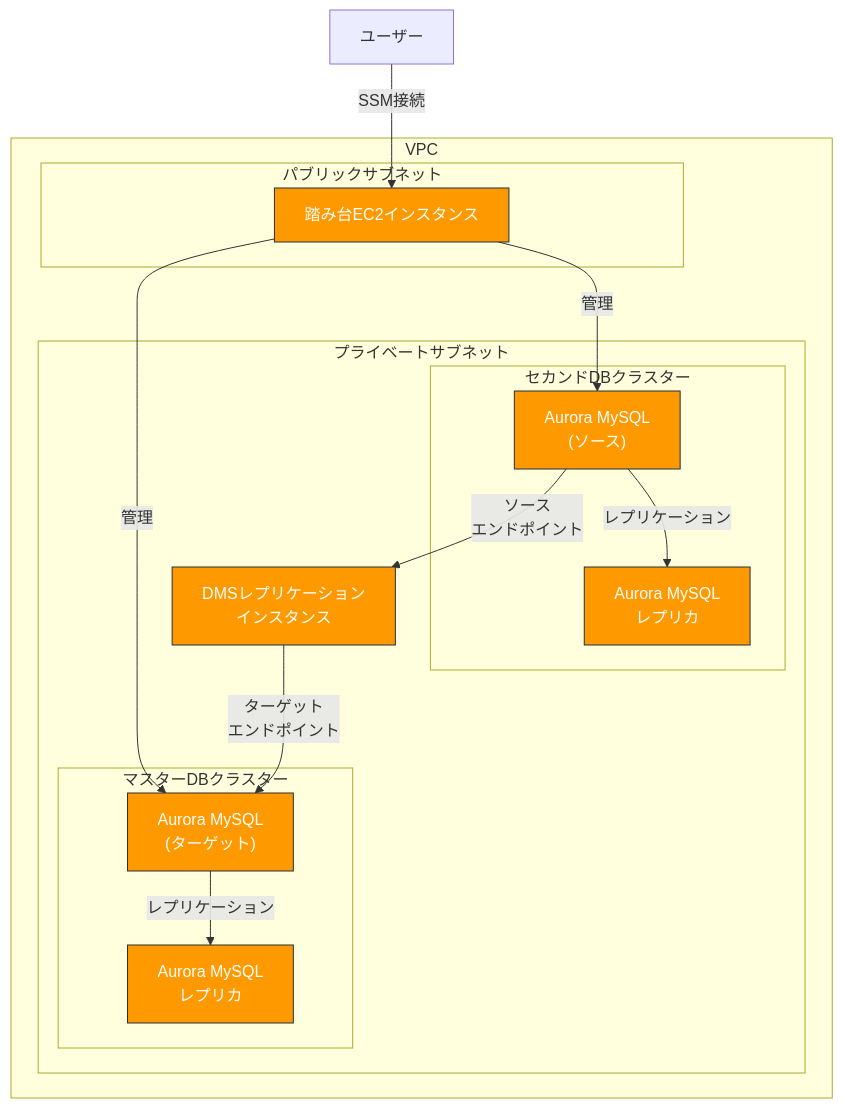
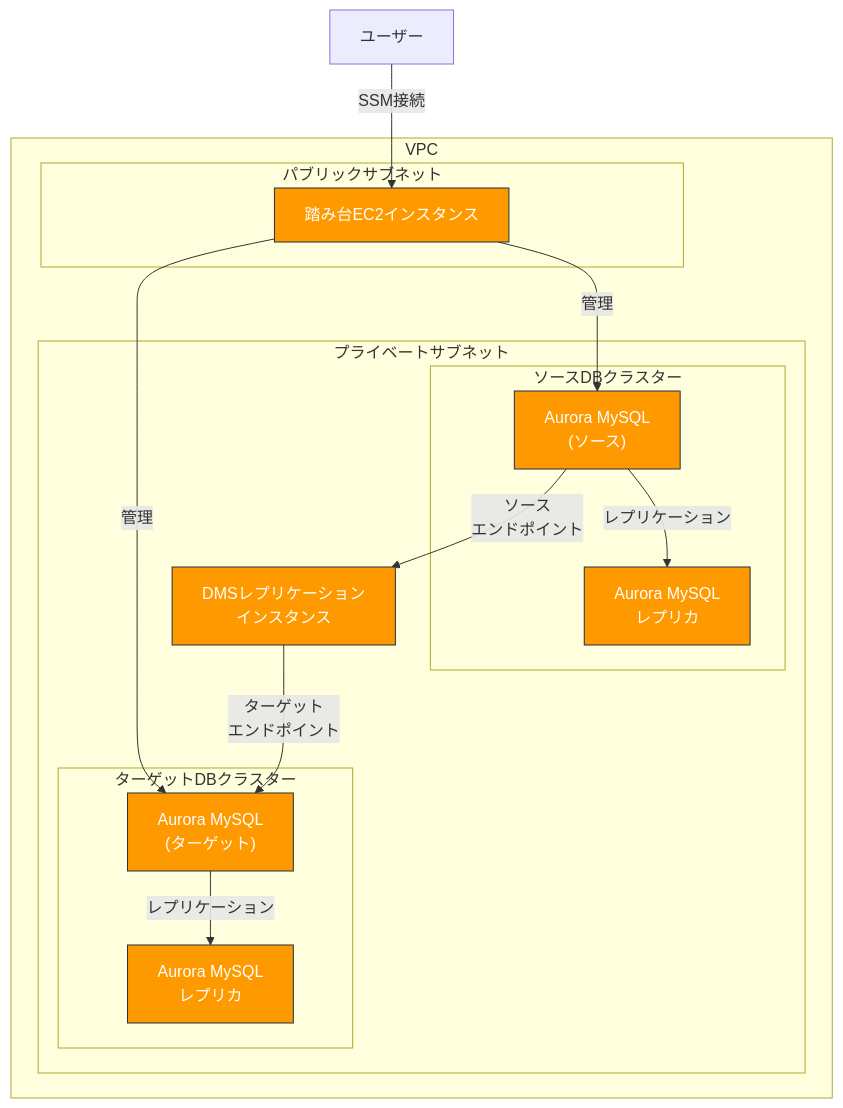
Before and after one commit to takyafumin/sample-rds-replication: the diagram in README.md, drawn with Mermaid. The commit also changed other lines of this file and 10 other files, not shown here.

````diff
--- a/README.md
+++ b/README.md
@@ -7,35 +7,35 @@
 ```mermaid
 graph TD
     subgraph "VPC"
         subgraph "パブリックサブネット"
             EC2["踏み台EC2インスタンス"]
         end
 
         subgraph "プライベートサブネット"
             DMS["DMSレプリケーション<br>インスタンス"]
 
-            subgraph "マスターDBクラスター"
-                MasterDB["Aurora MySQL<br>(ターゲット)"]
-                MasterDBR["Aurora MySQL<br>レプリカ"]
+            subgraph "ターゲットDBクラスター"
+                TargetDB["Aurora MySQL<br>(ターゲット)"]
+                TargetDBR["Aurora MySQL<br>レプリカ"]
             end
 
-            subgraph "セカンドDBクラスター"
-                SecondDB["Aurora MySQL<br>(ソース)"]
-                SecondDBR["Aurora MySQL<br>レプリカ"]
+            subgraph "ソースDBクラスター"
+                SourceDB["Aurora MySQL<br>(ソース)"]
+                SourceDBR["Aurora MySQL<br>レプリカ"]
             end
         end
     end
 
     User["ユーザー"] -->|SSM接続| EC2
-    EC2 -->|管理| MasterDB
-    EC2 -->|管理| SecondDB
+    EC2 -->|管理| TargetDB
+    EC2 -->|管理| SourceDB
 
-    SecondDB -->|ソース<br>エンドポイント| DMS
-    DMS -->|ターゲット<br>エンドポイント| MasterDB
+    SourceDB -->|ソース<br>エンドポイント| DMS
+    DMS -->|ターゲット<br>エンドポイント| TargetDB
 
-    SecondDB -->|レプリケーション| SecondDBR
-    MasterDB -->|レプリケーション| MasterDBR
+    SourceDB -->|レプリケーション| SourceDBR
+    TargetDB -->|レプリケーション| TargetDBR
 
     classDef aws fill:#FF9900,stroke:#232F3E,color:white;
-    class EC2,DMS,MasterDB,MasterDBR,SecondDB,SecondDBR aws;
+    class EC2,DMS,TargetDB,TargetDBR,SourceDB,SourceDBR aws;
 ```
````
